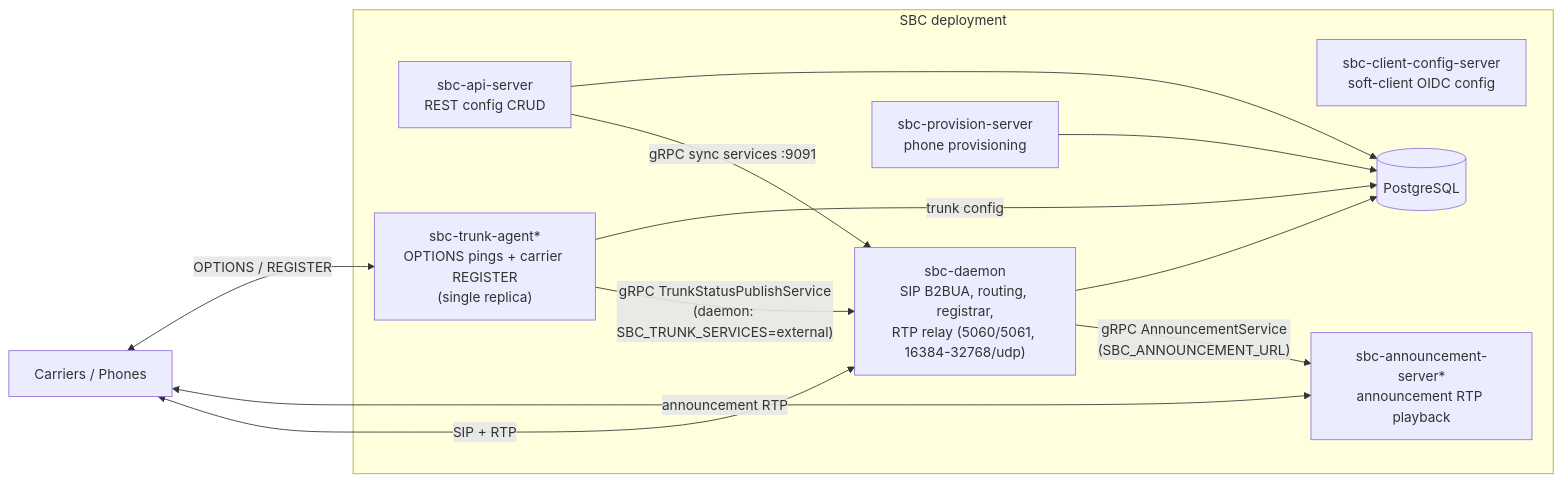
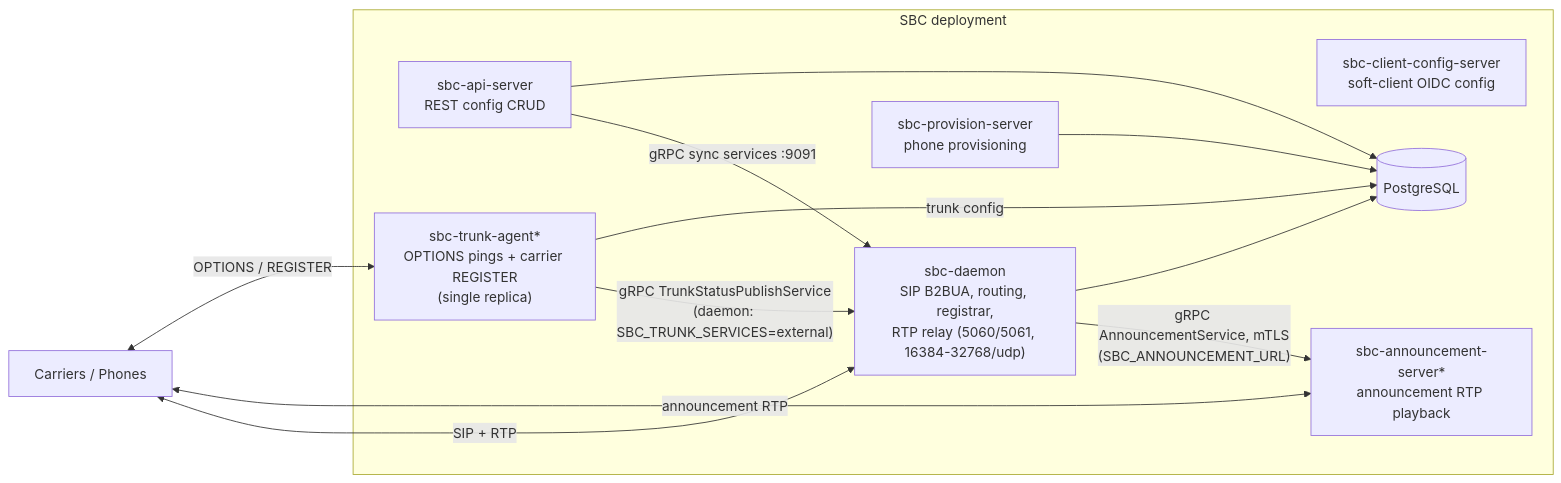
The second of 3 diagrams in docs/architecture.md (192d-Wing/usg-uc), drawn with Mermaid before and after one commit. The commit also changed other lines of this file and 40 other files, not shown here.

First line of the commit message:
feat(sbc-announcement)!: mTLS-only announcement pod with CNSA listener, destination policy and play caps; no fallback on refusal or TLS failure (SR-41, POA&M-434, 435)

````diff
--- a/docs/architecture.md
+++ b/docs/architecture.md
@@ -77,23 +78,23 @@
 ``` mermaid
 flowchart LR
     carriers["Carriers / Phones"]
     subgraph cluster["SBC deployment"]
         daemon["sbc-daemon<br>SIP B2BUA, routing, registrar,<br>RTP relay (5060/5061, 16384-32768/udp)"]
         api["sbc-api-server<br>REST config CRUD"]
         prov["sbc-provision-server<br>phone provisioning"]
         ccfg["sbc-client-config-server<br>soft-client OIDC config"]
         ann["sbc-announcement-server*<br>announcement RTP playback"]
         trunk["sbc-trunk-agent*<br>OPTIONS pings + carrier REGISTER<br>(single replica)"]
         pg[("PostgreSQL")]
     end
     carriers <-->|"SIP + RTP"| daemon
     carriers <-->|"announcement RTP"| ann
     carriers <-->|"OPTIONS / REGISTER"| trunk
-    daemon -->|"gRPC AnnouncementService<br>(SBC_ANNOUNCEMENT_URL)"| ann
+    daemon -->|"gRPC AnnouncementService, mTLS<br>(SBC_ANNOUNCEMENT_URL)"| ann
     trunk -->|"gRPC TrunkStatusPublishService<br>(daemon: SBC_TRUNK_SERVICES=external)"| daemon
     api -->|"gRPC sync services :9091"| daemon
     api --> pg
     prov --> pg
     trunk -->|"trunk config"| pg
     daemon --> pg
 ```
````
